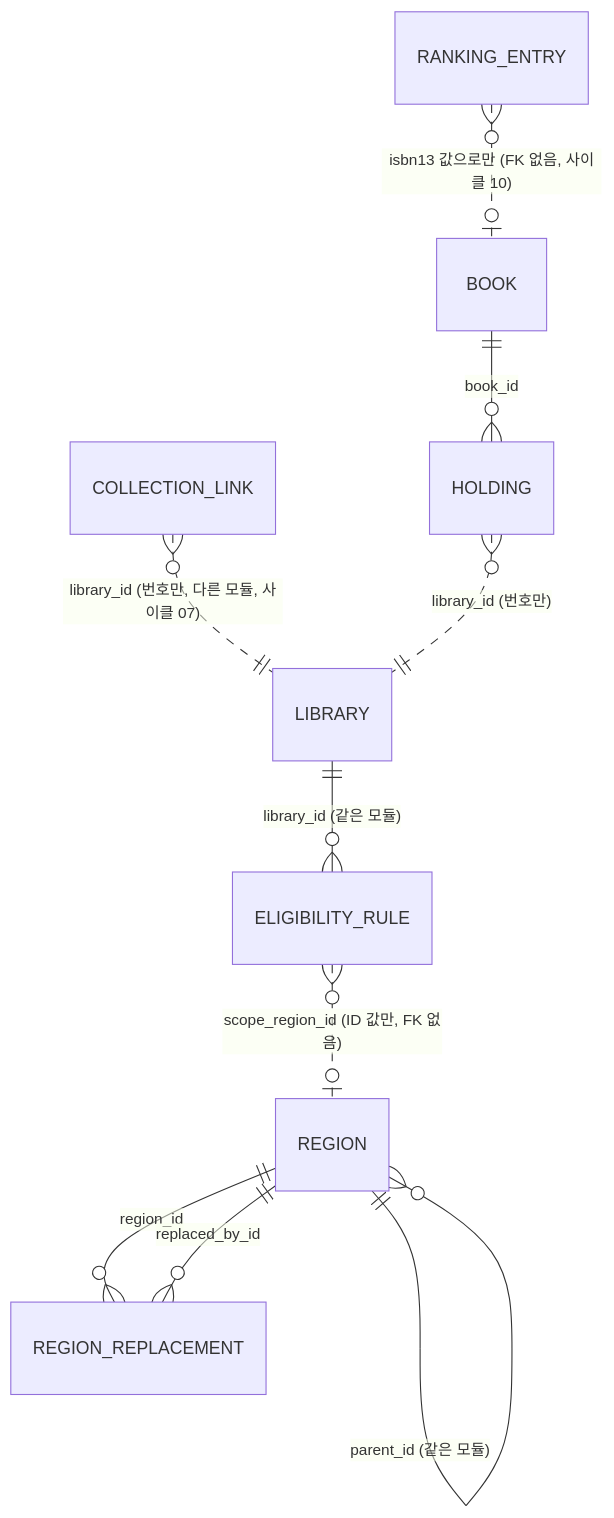
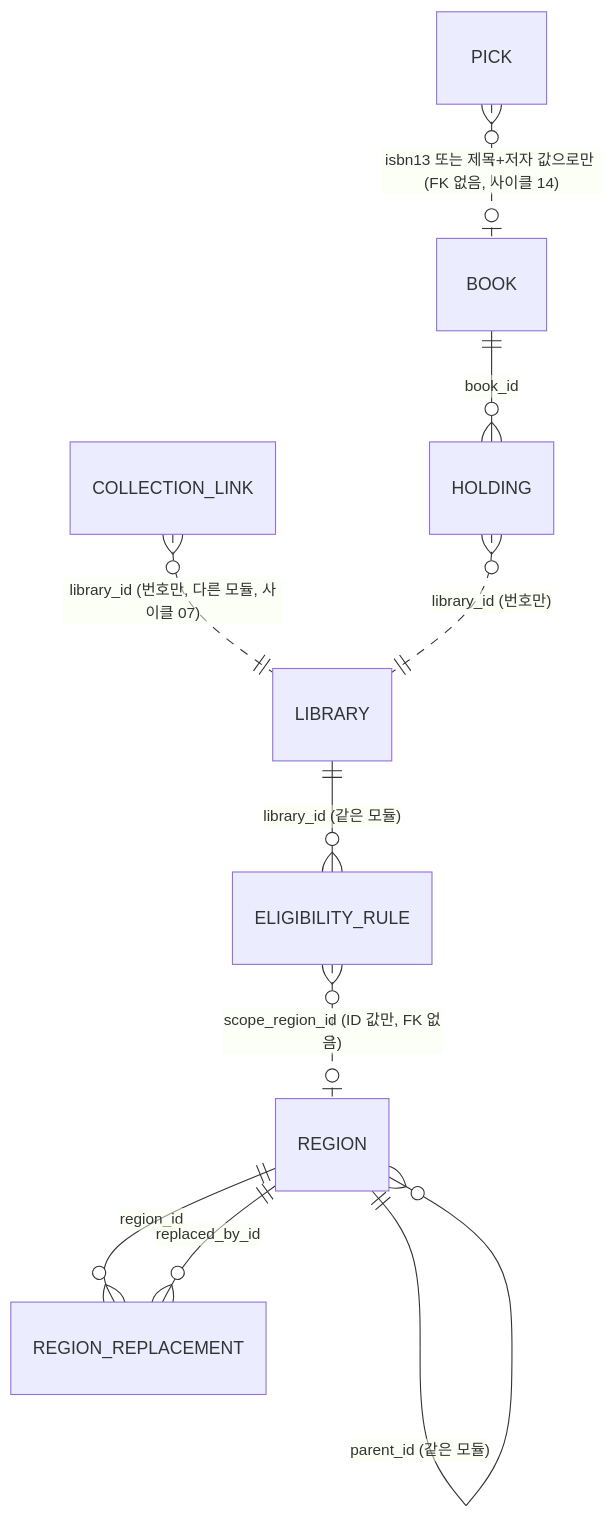
Before and after one commit to hodu-sketch/chaekcheck-plan: the first of 7 diagrams in docs/current/data-model.md, drawn with Mermaid. The commit also changed other lines of this file and 26 other files, not shown here.

````diff
--- a/docs/current/data-model.md
+++ b/docs/current/data-model.md
@@ -38,12 +39,12 @@
 ```mermaid
 erDiagram
   REGION ||--o{ REGION : "parent_id (같은 모듈)"
   REGION ||--o{ REGION_REPLACEMENT : "region_id"
   REGION ||--o{ REGION_REPLACEMENT : "replaced_by_id"
   LIBRARY ||--o{ ELIGIBILITY_RULE : "library_id (같은 모듈)"
   ELIGIBILITY_RULE }o..o| REGION : "scope_region_id (ID 값만, FK 없음)"
   COLLECTION_LINK }o..|| LIBRARY : "library_id (번호만, 다른 모듈, 사이클 07)"
   BOOK ||--o{ HOLDING : "book_id"
   HOLDING }o..|| LIBRARY : "library_id (번호만)"
-  RANKING_ENTRY }o..o| BOOK : "isbn13 값으로만 (FK 없음, 사이클 10)"
+  PICK }o..o| BOOK : "isbn13 또는 제목+저자 값으로만 (FK 없음, 사이클 14)"
 ```
````
